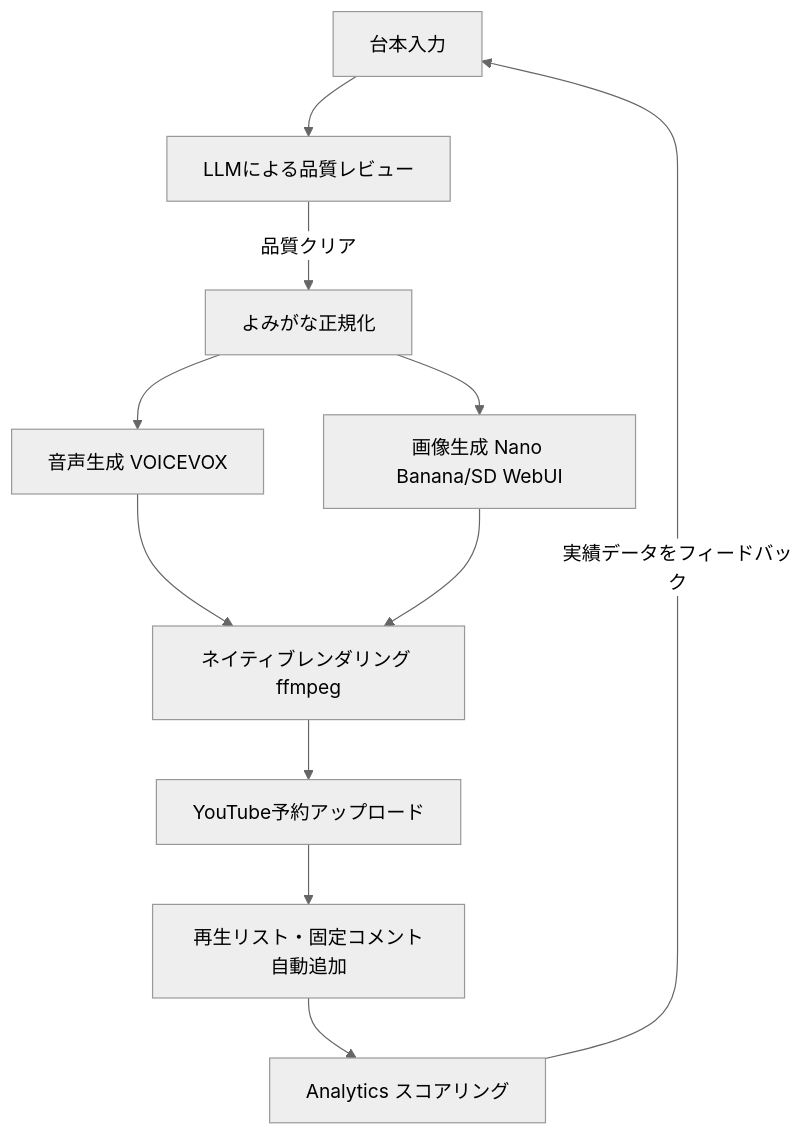
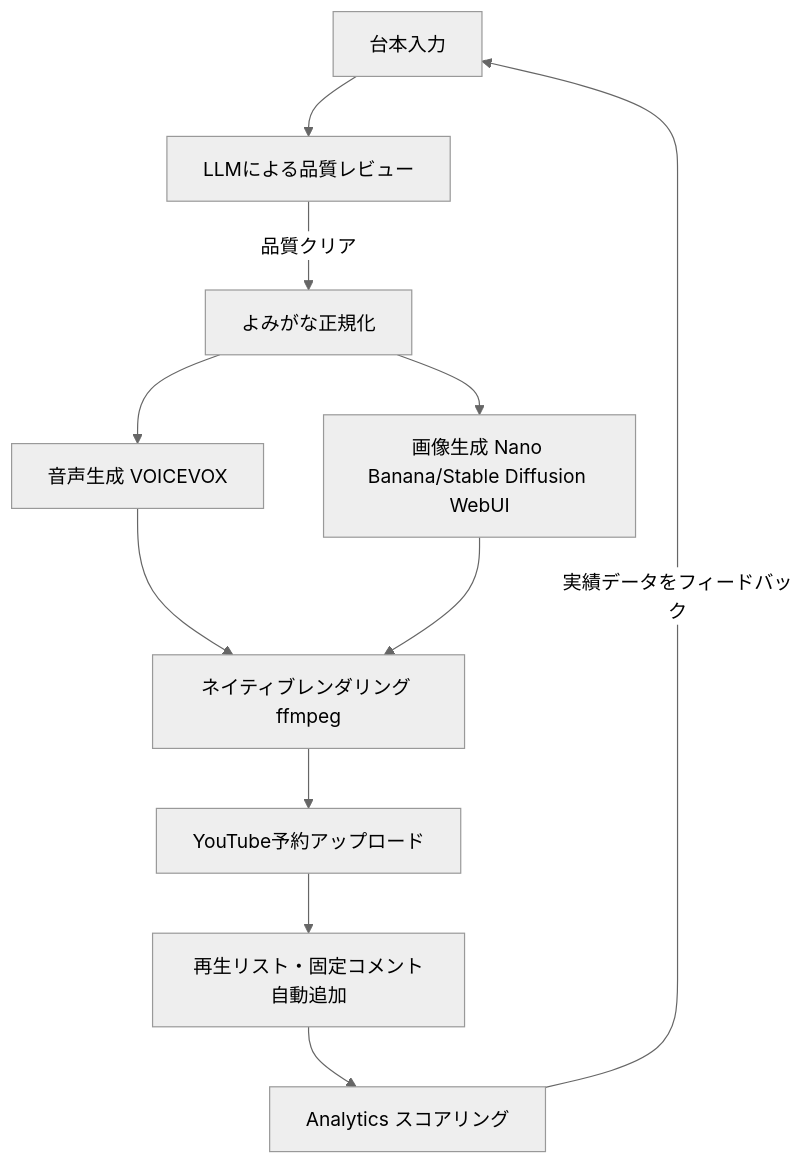
The diagram in README.md (benybeny777/PicoCast), drawn with Mermaid (neutral theme) before and after one commit. The commit also changed other lines of this file and 13 other files, not shown here.

First line of the commit message:
fix: 表記を「Stable Diffusion WebUI」に統一・早見表をREADMEに追記

````diff
--- a/README.md
+++ b/README.md
@@ -64,13 +64,13 @@
 ```mermaid
 graph TD
     A[台本入力] --> B[LLMによる品質レビュー]
     B -->|品質クリア| C[よみがな正規化]
     C --> D[音声生成 VOICEVOX]
-    C --> E[画像生成 Nano Banana/SD WebUI]
+    C --> E[画像生成 Nano Banana/Stable Diffusion WebUI]
     D --> F[ネイティブレンダリング ffmpeg]
     E --> F
     F --> G[YouTube予約アップロード]
     G --> H[再生リスト・固定コメント自動追加]
     H --> I[Analytics スコアリング]
     I -->|実績データをフィードバック| A
 ```
````
